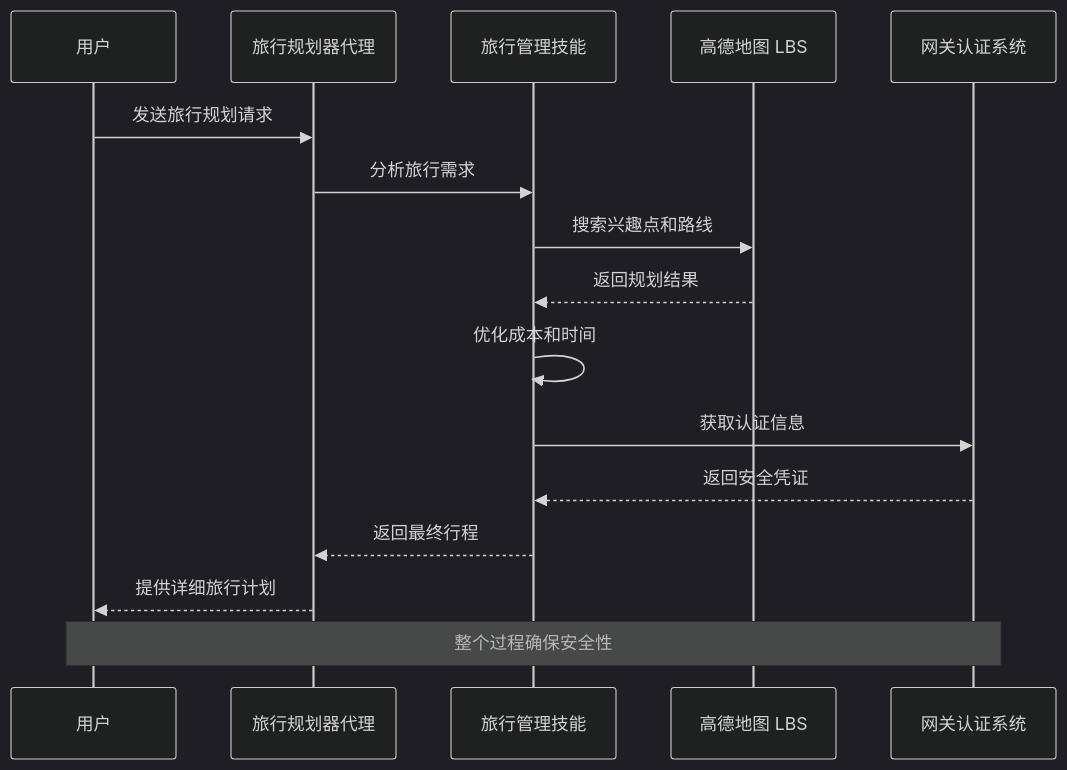
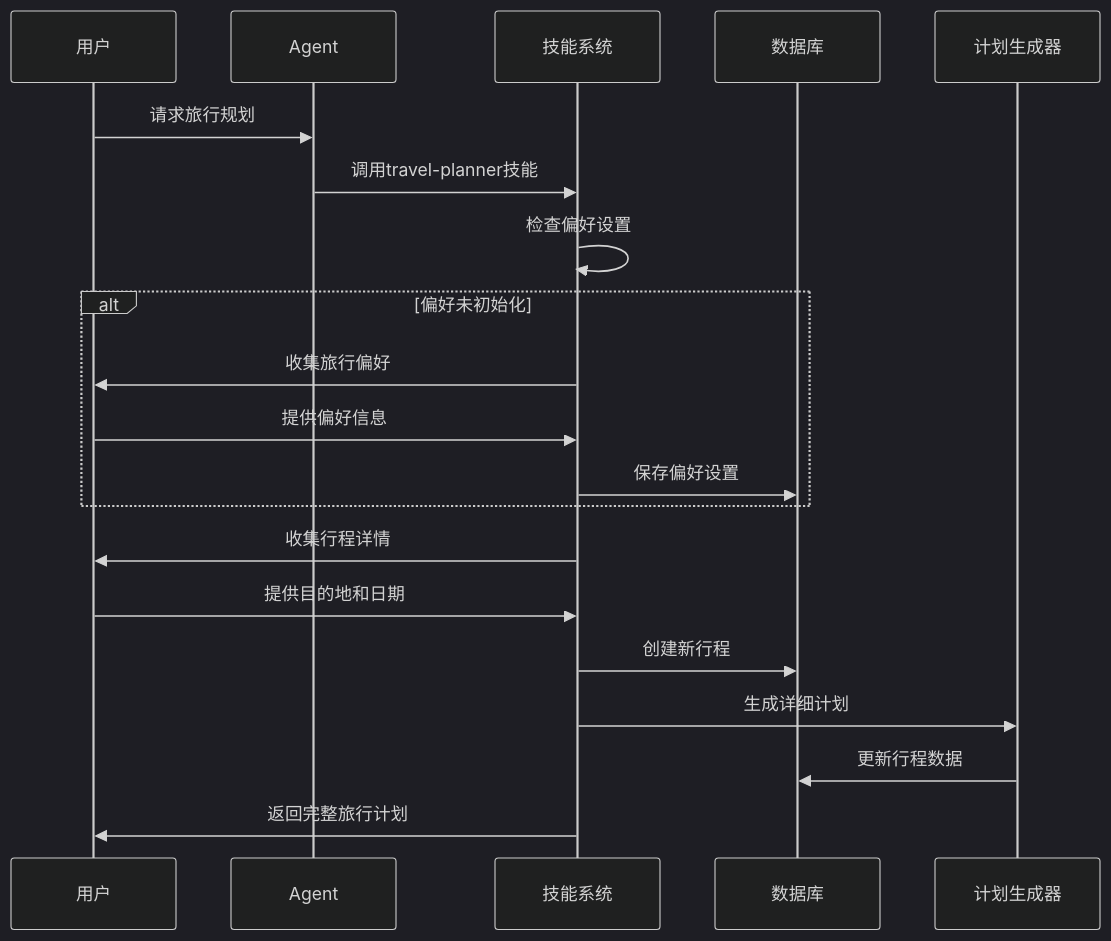
One commit to verse-ai-org/openclaw changed the third of 8 diagrams in .qoder/repowiki/zh/content/技能平台/内置技能/旅行规划技能系统.md. Above: the diagram before and after it, drawn with Mermaid (dark theme). The commit also changed other lines of this file and 14 other files, not shown here.

````diff
--- a/.qoder/repowiki/zh/content/技能平台/内置技能/旅行规划技能系统.md
+++ b/.qoder/repowiki/zh/content/技能平台/内置技能/旅行规划技能系统.md
@@ -110,18 +182,22 @@
 ```mermaid
 sequenceDiagram
 participant U as 用户
-participant TP as 旅行规划器代理
-participant TM as 旅行管理技能
-participant LBS as 高德地图 LBS
-participant GW as 网关认证系统
-U->>TP : 发送旅行规划请求
-TP->>TM : 分析旅行需求
-TM->>LBS : 搜索兴趣点和路线
-LBS-->>TM : 返回规划结果
-TM->>TM : 优化成本和时间
-TM->>GW : 获取认证信息
-GW-->>TM : 返回安全凭证
-TM-->>TP : 返回最终行程
-TP-->>U : 提供详细旅行计划
-Note over U,GW : 整个过程确保安全性
+participant A as Agent
+participant S as 技能系统
+participant D as 数据库
+participant P as 计划生成器
+U->>A : 请求旅行规划
+A->>S : 调用travel-planner技能
+S->>S : 检查偏好设置
+alt 偏好未初始化
+S->>U : 收集旅行偏好
+U->>S : 提供偏好信息
+S->>D : 保存偏好设置
+end
+S->>U : 收集行程详情
+U->>S : 提供目的地和日期
+S->>D : 创建新行程
+S->>P : 生成详细计划
+P->>D : 更新行程数据
+S->>U : 返回完整旅行计划
 ```
````
